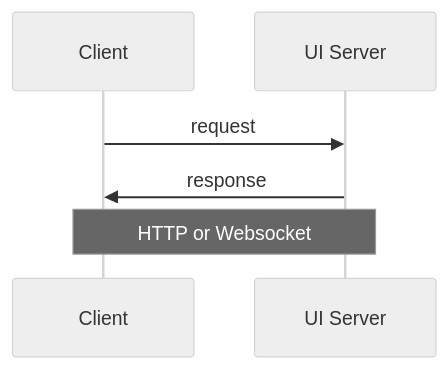
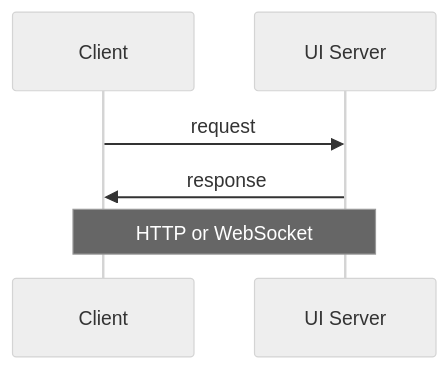
One commit to SAP/e-mobility-charging-stations-simulator changed the diagram in README.md. Above: the diagram before and after it, drawn with Mermaid (neutral theme). The commit also changed other lines of this file and 1 other file, not shown here.

````diff
--- a/README.md
+++ b/README.md
@@ -570,6 +570,6 @@
 ```mermaid
 sequenceDiagram
 Client->>UI Server: request
 UI Server->>Client: response
-Note over UI Server,Client: HTTP or Websocket
+Note over UI Server,Client: HTTP or WebSocket
 ```
````
